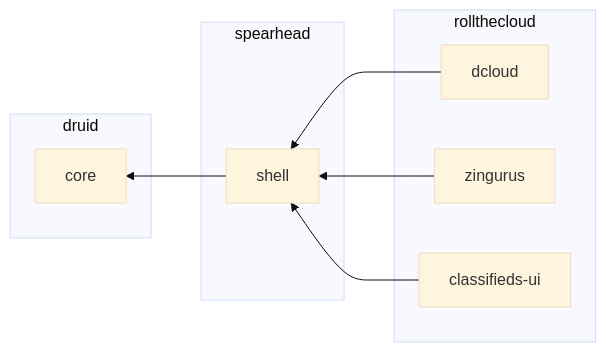
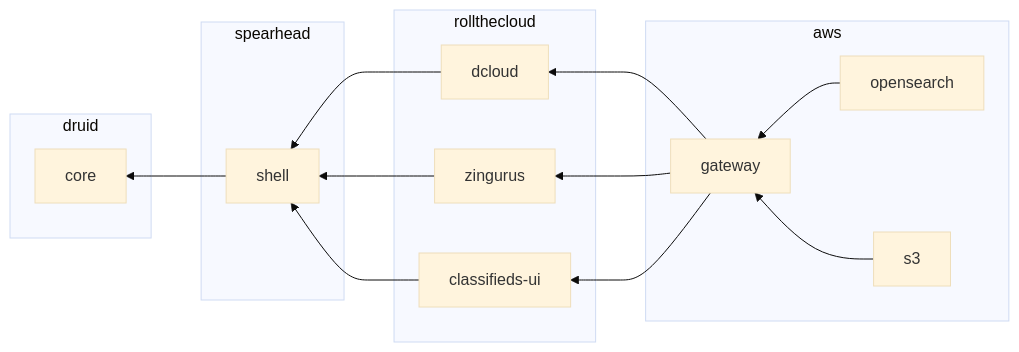
Before and after one commit to rollthecloudinc/quell: the first of 2 diagrams in architecture/ecosystem/README.md, drawn with Mermaid (base theme).

````diff
--- a/architecture/ecosystem/README.md
+++ b/architecture/ecosystem/README.md
@@ -3,14 +3,21 @@
 ```mermaid
 flowchart RL
 subgraph druid
 core
 end
 subgraph spearhead
 shell-->core
 end
 subgraph rollthecloud
 dcloud-->shell
 zingurus-->shell
 classifieds-ui-->shell
 end
+subgraph aws
+gateway-->dcloud
+gateway-->zingurus
+gateway-->classifieds-ui
+opensearch-->gateway
+s3-->gateway
+end
 ```
````
